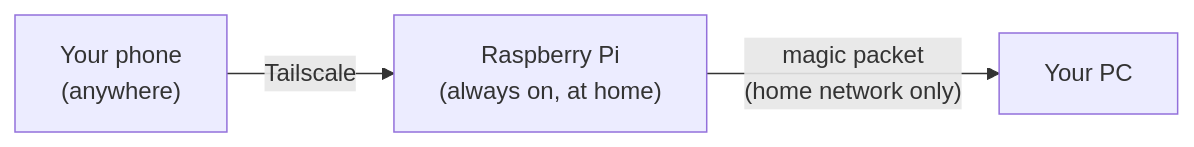
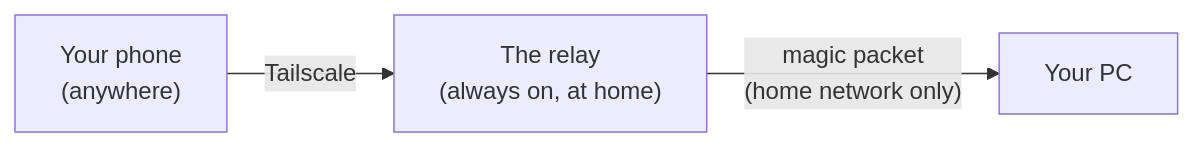
Before and after one commit to Bunbob41/WakePC: the diagram in README.md, drawn with Mermaid. The commit also changed other lines of this file and 23 other files, not shown here.

````diff
--- a/README.md
+++ b/README.md
@@ -28,5 +29,5 @@
 ```mermaid
 flowchart LR
-    phone["Your phone<br/>(anywhere)"] -- "Tailscale" --> pi["Raspberry Pi<br/>(always on, at home)"]
+    phone["Your phone<br/>(anywhere)"] -- "Tailscale" --> pi["The relay<br/>(always on, at home)"]
     pi -- "magic packet<br/>(home network only)" --> pc["Your PC"]
 ```
````
